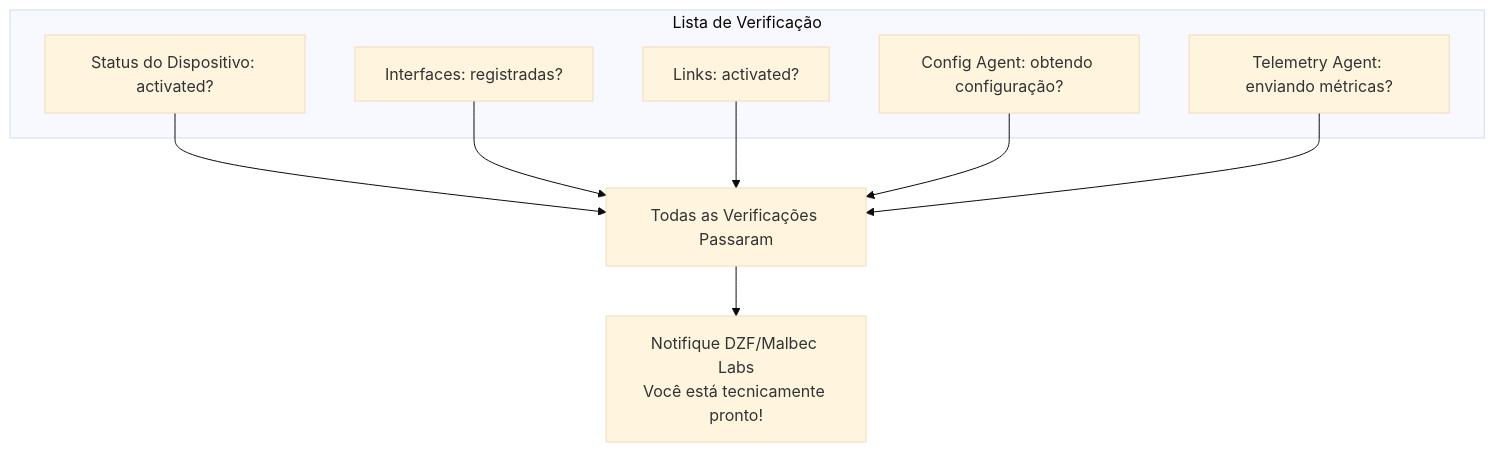
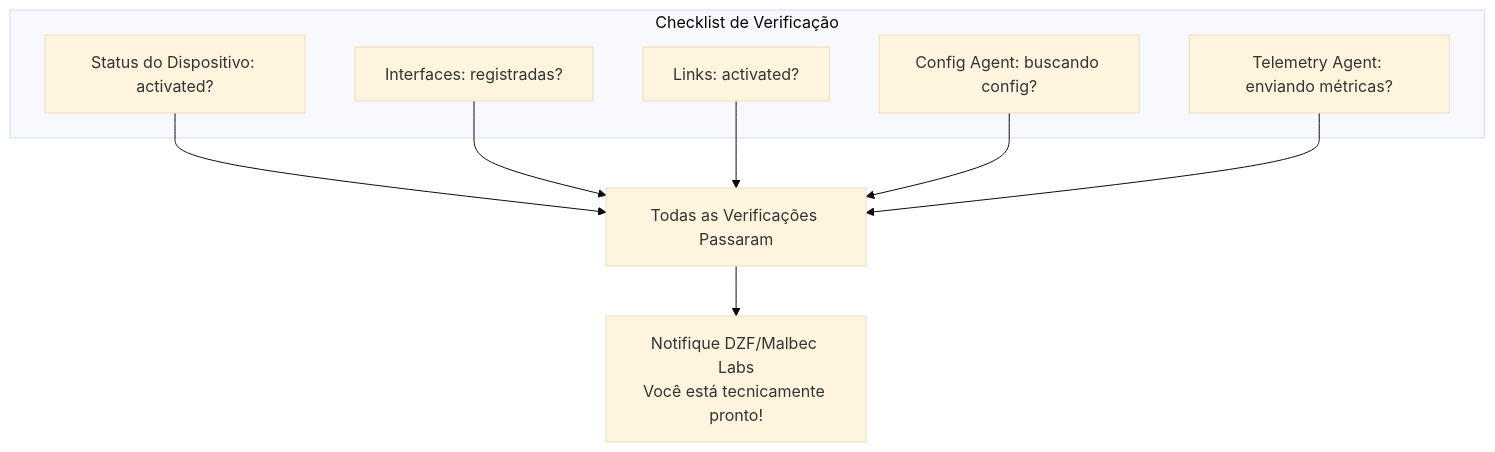
One commit to malbeclabs/docs changed diagram 13 of 13 in docs/contribute-provisioning.pt.md. Above: the diagram before and after it, drawn with Mermaid (base theme). The commit also changed other lines of this file and 130 other files, not shown here.

````diff
--- a/docs/contribute-provisioning.pt.md
+++ b/docs/contribute-provisioning.pt.md
@@ -1032,18 +1032,18 @@
 ```mermaid
 flowchart TB
-    subgraph "Lista de Verificação"
+    subgraph "Checklist de Verificação"
         D[Status do Dispositivo: activated?]
         I[Interfaces: registradas?]
         L[Links: activated?]
-        CA[Config Agent: obtendo configuração?]
+        CA[Config Agent: buscando config?]
         TA[Telemetry Agent: enviando métricas?]
     end
 
     D --> PASS
     I --> PASS
     L --> PASS
     CA --> PASS
     TA --> PASS
 
     PASS[Todas as Verificações Passaram] --> NOTIFY[Notifique DZF/Malbec Labs<br/>Você está tecnicamente pronto!]
 ```
````
